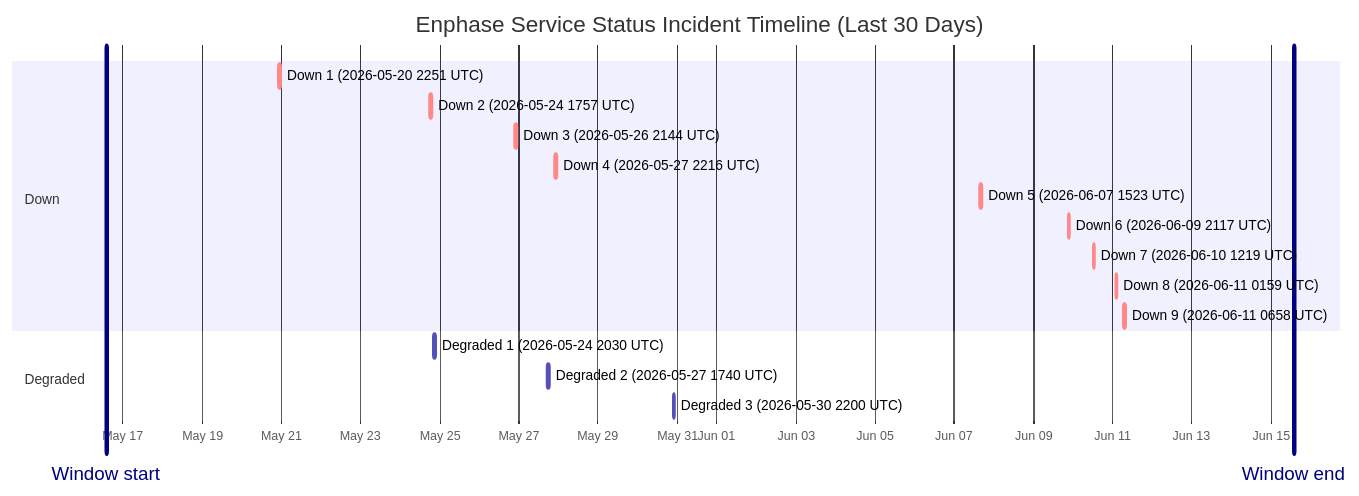
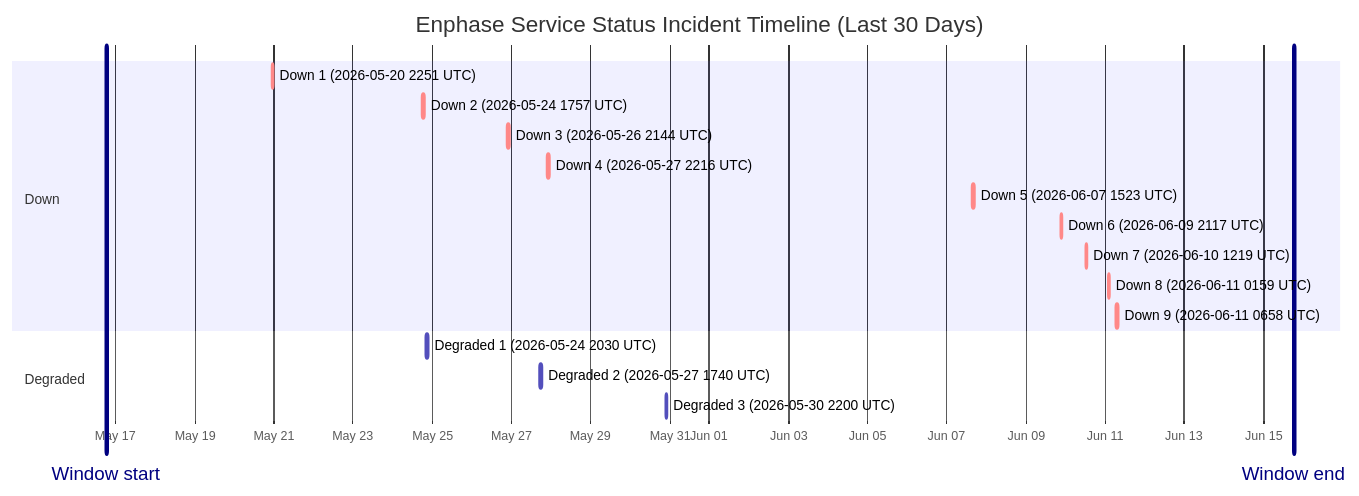
One commit to barneyonline/ha-enphase-energy changed the diagram in wiki/Service-Status-History.md. Above: the diagram before and after it, drawn with Mermaid. The commit also changed other lines of this file and 3 other files, not shown here.

````diff
--- a/wiki/Service-Status-History.md
+++ b/wiki/Service-Status-History.md
@@ -14,22 +14,22 @@
 ```mermaid
 gantt
     title Enphase Service Status Incident Timeline (Last 30 Days)
     dateFormat  YYYY-MM-DDTHH:mm:ss
     axisFormat  %b %d
-    Window start :vert, window-start, 2026-05-16T13:53:54, 0ms
-    Window end :vert, window-end, 2026-06-15T13:53:54, 0ms
+    Window start :vert, window-start, 2026-05-16T18:24:21, 0ms
+    Window end :vert, window-end, 2026-06-15T18:24:21, 0ms
     section Down
     Down 1 (2026-05-20 2251 UTC) :crit, down-1, 2026-05-20T22:51:14, 75m
     Down 2 (2026-05-24 1757 UTC) :crit, down-2, 2026-05-24T17:57:41, 86m
     Down 3 (2026-05-26 2144 UTC) :crit, down-3, 2026-05-26T21:44:11, 85m
     Down 4 (2026-05-27 2216 UTC) :crit, down-4, 2026-05-27T22:16:53, 87m
     Down 5 (2026-06-07 1523 UTC) :crit, down-5, 2026-06-07T15:23:22, 87m
     Down 6 (2026-06-09 2117 UTC) :crit, down-6, 2026-06-09T21:17:17, 60m
     Down 7 (2026-06-10 1219 UTC) :crit, down-7, 2026-06-10T12:19:21, 60m
     Down 8 (2026-06-11 0159 UTC) :crit, down-8, 2026-06-11T01:59:36, 60m
     Down 9 (2026-06-11 0658 UTC) :crit, down-9, 2026-06-11T06:58:45, 60m
     section Degraded
     Degraded 1 (2026-05-24 2030 UTC) :active, degraded-1, 2026-05-24T20:30:57, 84m
     Degraded 2 (2026-05-27 1740 UTC) :active, degraded-2, 2026-05-27T17:40:52, 60m
     Degraded 3 (2026-05-30 2200 UTC) :active, degraded-3, 2026-05-30T22:00:37, 60m
 ```
````
